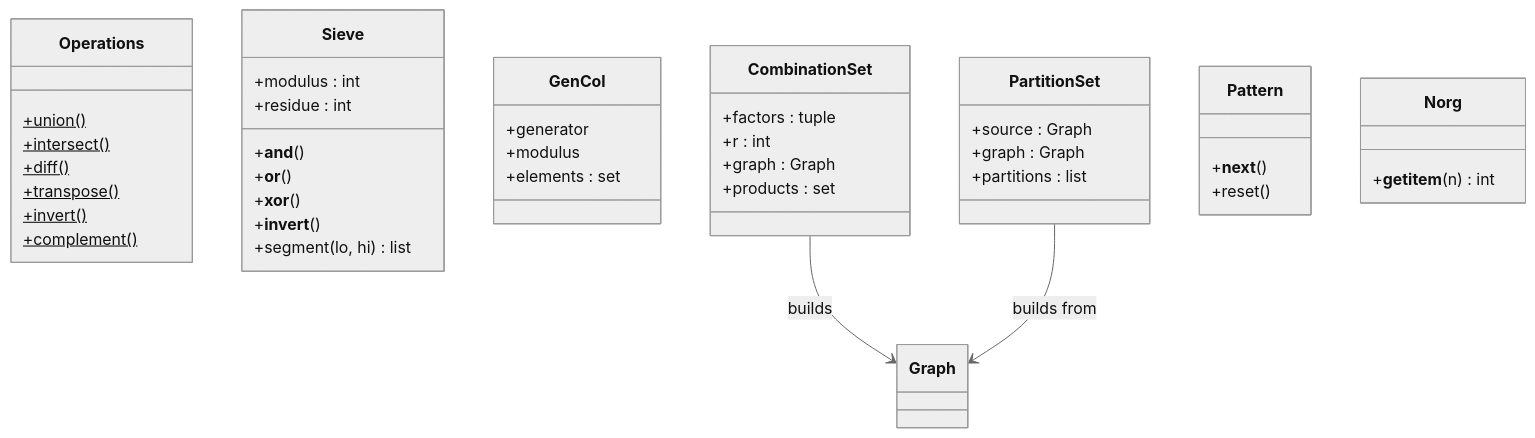
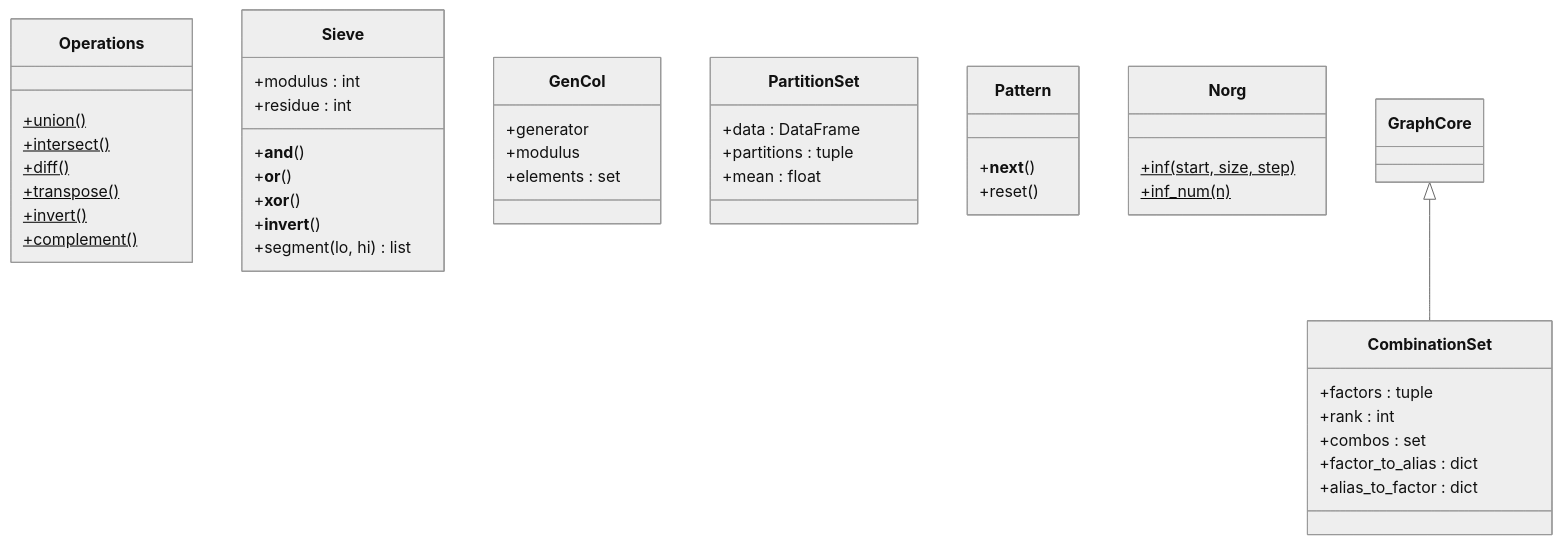
One commit to kr4g/Klotho changed the fifth of 6 diagrams in docs/architecture/01_TOPOS.md. Above: the diagram before and after it, drawn with Mermaid (neutral theme). The commit also changed other lines of this file and 13 other files, not shown here.

First line of the commit message:
Overhaul architecture docs for Klotho 10.x API

````diff
--- a/docs/architecture/01_TOPOS.md
+++ b/docs/architecture/01_TOPOS.md
@@ -400,52 +484,53 @@
 ```mermaid
 classDiagram
     class Operations {
         +union()$
         +intersect()$
         +diff()$
         +transpose()$
         +invert()$
         +complement()$
     }
 
     class Sieve {
         +modulus : int
         +residue : int
         +__and__()
         +__or__()
         +__xor__()
         +__invert__()
         +segment(lo, hi) list
     }
 
     class GenCol {
         +generator
         +modulus
         +elements : set
     }
 
     class CombinationSet {
         +factors : tuple
-        +r : int
-        +graph : Graph
-        +products : set
+        +rank : int
+        +combos : set
+        +factor_to_alias : dict
+        +alias_to_factor : dict
     }
 
     class PartitionSet {
-        +source : Graph
-        +graph : Graph
-        +partitions : list
+        +data : DataFrame
+        +partitions : tuple
+        +mean : float
     }
 
     class Pattern {
         +__next__()
         +reset()
     }
 
     class Norg {
-        +__getitem__(n) int
+        +inf(start, size, step)$
+        +inf_num(n)$
     }
 
-    CombinationSet --> Graph : builds
-    PartitionSet --> Graph : builds from
+    GraphCore <|-- CombinationSet
 ```
````
